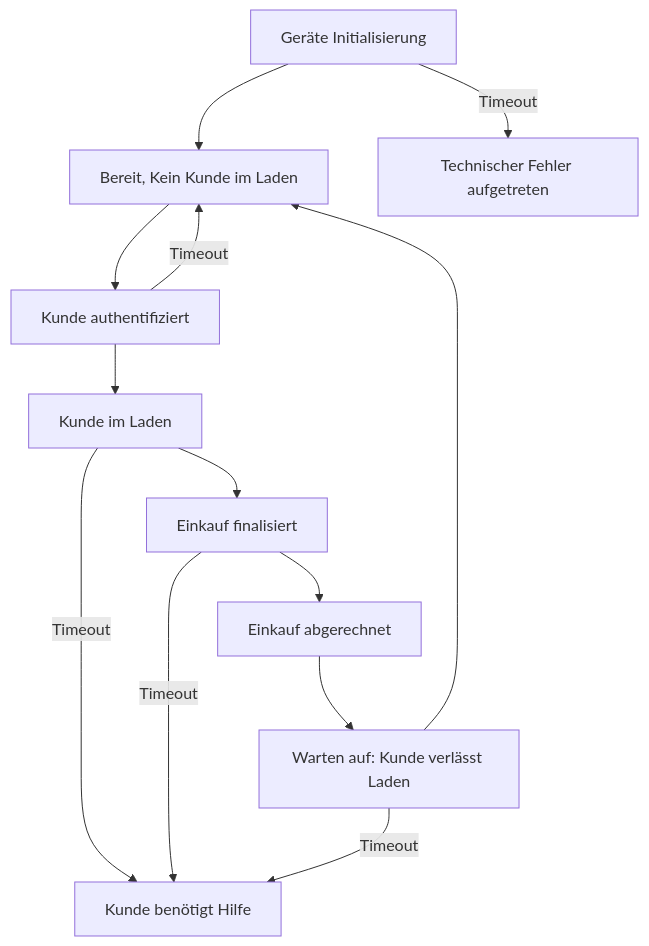
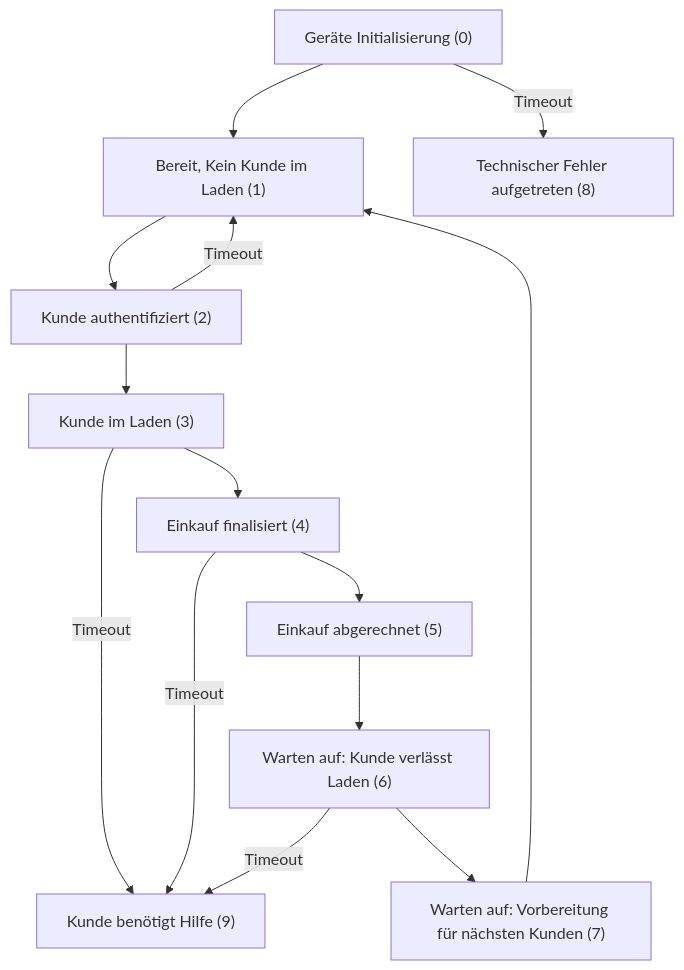
Before and after one commit to pbotte/zeitlos: the second of 3 diagrams in ablauf.md, drawn with Mermaid. The commit also changed other lines of this file, not shown here.

````diff
--- a/ablauf.md
+++ b/ablauf.md
@@ -23,25 +23,27 @@
 ```mermaid
 graph TD
-  AA[Geräte Initialisierung]
-  A[Bereit, Kein Kunde im Laden]
-  B[Kunde authentifiziert]
-  C[Kunde im Laden]
-  D[Einkauf finalisiert]
-  E[Einkauf abgerechnet]
-  F[Warten auf: Kunde verlässt Laden]
-  Y[Technischer Fehler aufgetreten]
-  Z[Kunde benötigt Hilfe]
+  AA["Geräte Initialisierung (0)"]
+  A["Bereit, Kein Kunde im Laden (1)"]
+  B["Kunde authentifiziert (2)"]
+  C["Kunde im Laden (3)"]
+  D["Einkauf finalisiert (4)"]
+  E["Einkauf abgerechnet (5)"]
+  F["Warten auf: Kunde verlässt Laden (6)"]
+  G["Warten auf: Vorbereitung für nächsten Kunden (7)"]
+  Y["Technischer Fehler aufgetreten (8)"]
+  Z["Kunde benötigt Hilfe (9)"]
   AA --> A
   AA --> |Timeout| Y
   A --> B
   B --> |Timeout| A
   B --> C
   C -->|Timeout| Z
   C --> D
   D --> E
   D -->|Timeout| Z
   E --> F
-  F --> A
+  F --> G
+  G --> A
   F -->|Timeout| Z
   
 ```
````
